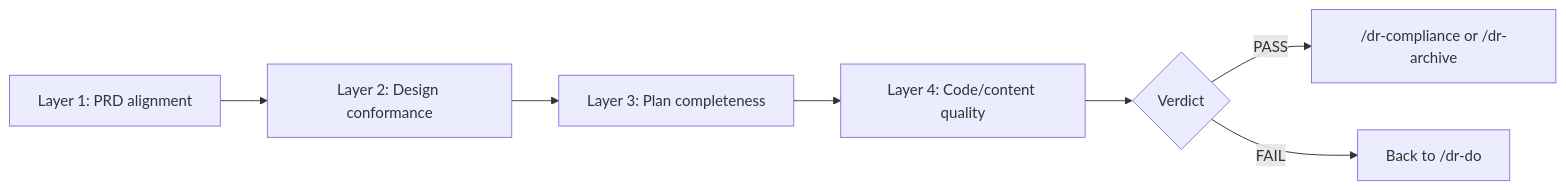
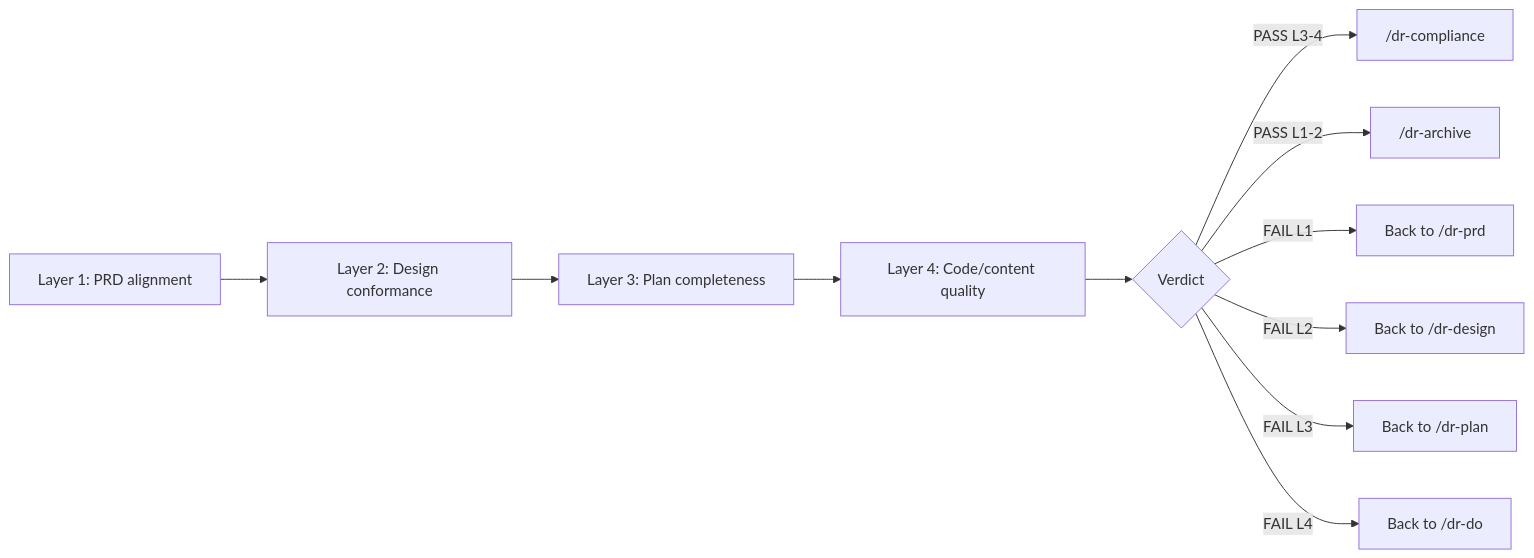
One commit to Arcanada-one/datarim changed the sixth of 8 diagrams in skills/visual-maps/stage-process-flows.md. Above: the diagram before and after it, drawn with Mermaid. The commit also changed 22 other files, not shown here.

````diff
--- a/skills/visual-maps/stage-process-flows.md
+++ b/skills/visual-maps/stage-process-flows.md
@@ -67,9 +67,13 @@
 ```mermaid
 graph LR
     A["Layer 1: PRD alignment"] --> B["Layer 2: Design conformance"]
     B --> C["Layer 3: Plan completeness"]
     C --> D["Layer 4: Code/content quality"]
     D --> E{"Verdict"}
-    E -->|PASS| F["/dr-compliance or /dr-archive"]
-    E -->|FAIL| G["Back to /dr-do"]
+    E -->|"PASS L3-4"| F["/dr-compliance"]
+    E -->|"PASS L1-2"| F2["/dr-archive"]
+    E -->|"FAIL L1"| G1["Back to /dr-prd"]
+    E -->|"FAIL L2"| G2["Back to /dr-design"]
+    E -->|"FAIL L3"| G3["Back to /dr-plan"]
+    E -->|"FAIL L4"| G4["Back to /dr-do"]
 ```
````
